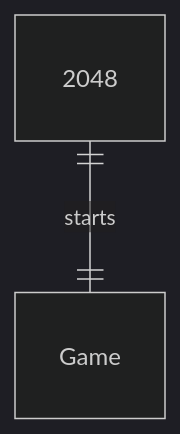
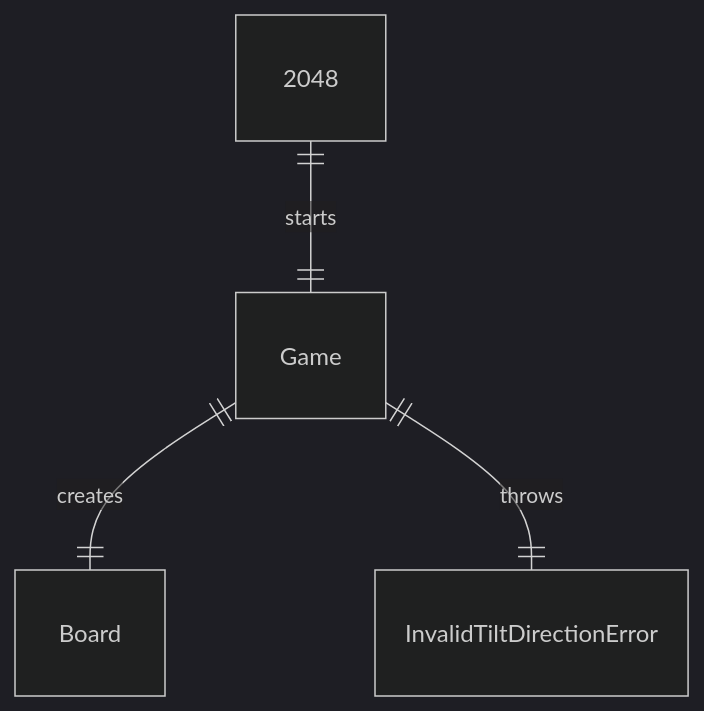
The diagram in README.md (andeemarks/2048), drawn with Mermaid (dark theme) before and after one commit.

Commit message:
Adding more meat to Er Diagram

````diff
--- a/README.md
+++ b/README.md
@@ -37,5 +37,7 @@
 ```mermaid
 
 erDiagram
     2048||--||Game: starts
+    Game||--||Board: creates
+    Game||--||InvalidTiltDirectionError: throws
 ```
````
